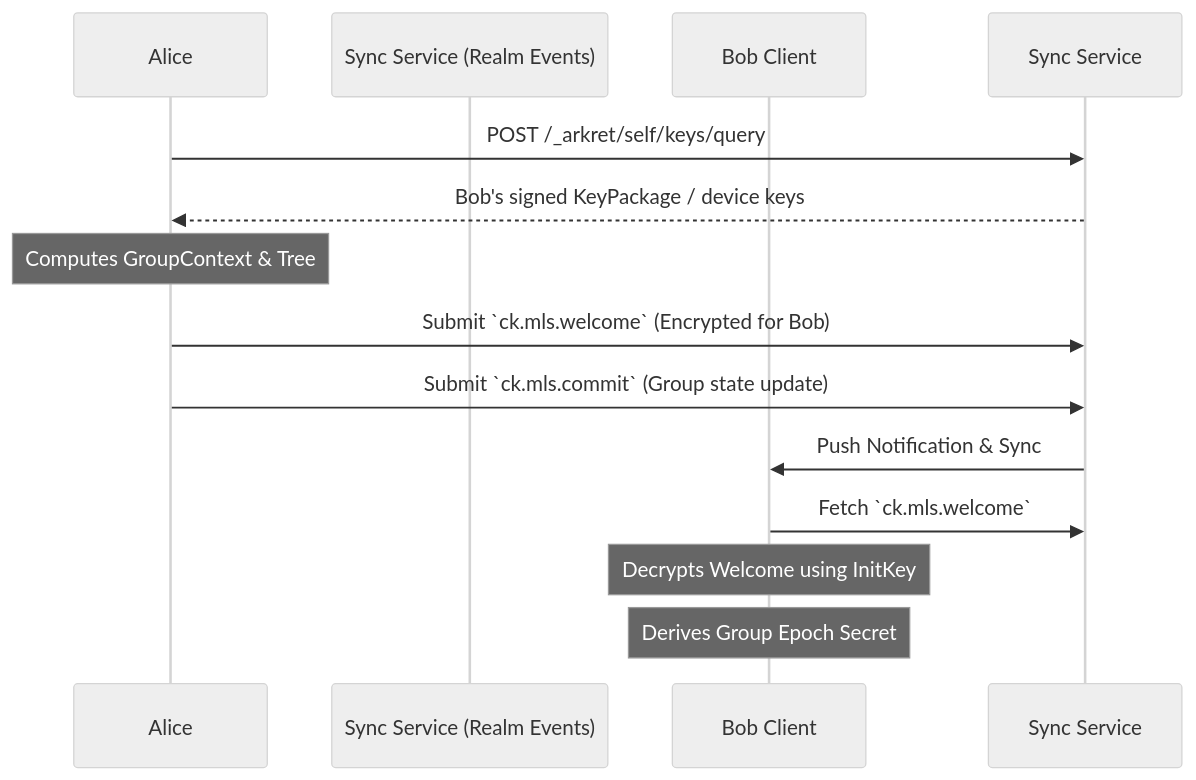
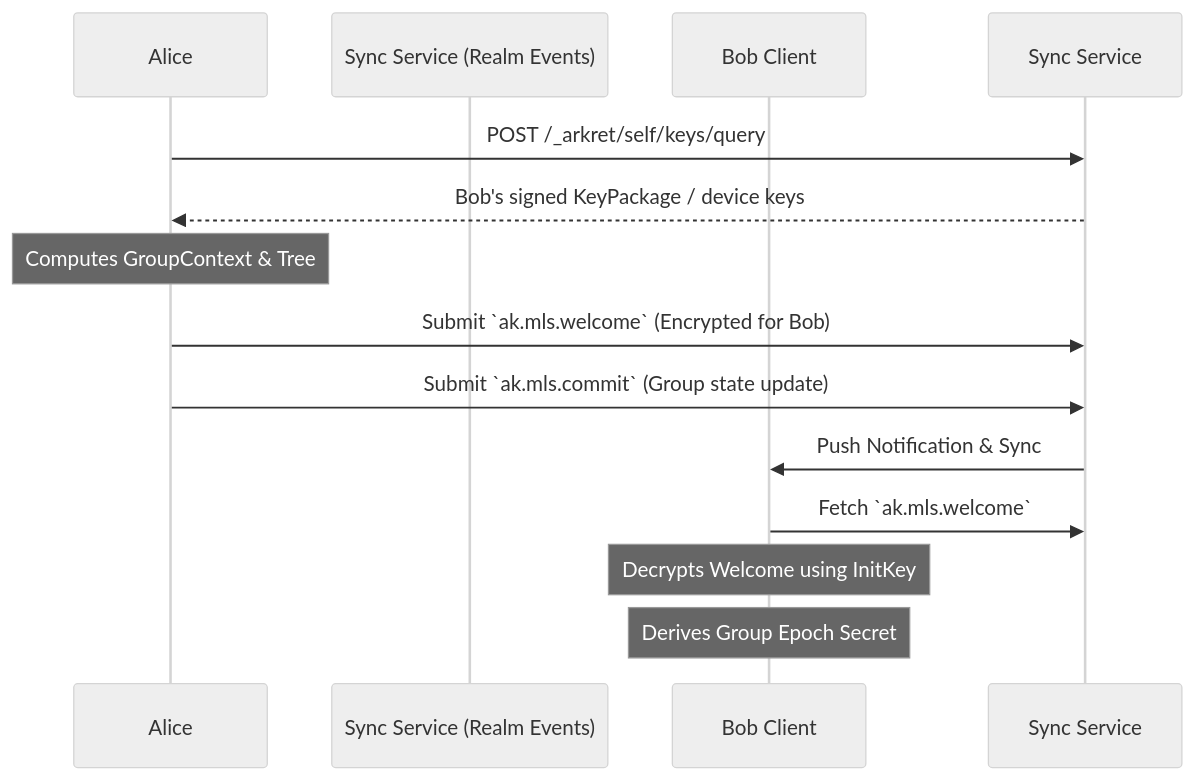
The first of 2 diagrams in spec/v1/zh/crypto-media/encryption-and-audit.md (arkret-org/arkret-spec), drawn with Mermaid (neutral theme) before and after one commit. The commit also changed other lines of this file and 255 other files, not shown here.

````diff
--- a/spec/v1/zh/crypto-media/encryption-and-audit.md
+++ b/spec/v1/zh/crypto-media/encryption-and-audit.md
@@ -37,20 +37,20 @@
 ```mermaid
 sequenceDiagram
     participant Alice
     participant Sync Service (Realm Events)
     participant BobClient as Bob Client
 
     Alice->>Sync Service: POST /_arkret/self/keys/query
     Sync Service-->>Alice: Bob's signed KeyPackage / device keys
 
     note over Alice: Computes GroupContext & Tree
 
-    Alice->>Sync Service: Submit `ck.mls.welcome` (Encrypted for Bob)
-    Alice->>Sync Service: Submit `ck.mls.commit` (Group state update)
+    Alice->>Sync Service: Submit `ak.mls.welcome` (Encrypted for Bob)
+    Alice->>Sync Service: Submit `ak.mls.commit` (Group state update)
 
     Sync Service->>BobClient: Push Notification & Sync
 
-    BobClient->>Sync Service: Fetch `ck.mls.welcome`
+    BobClient->>Sync Service: Fetch `ak.mls.welcome`
     note over BobClient: Decrypts Welcome using InitKey
     note over BobClient: Derives Group Epoch Secret
 ```
````
